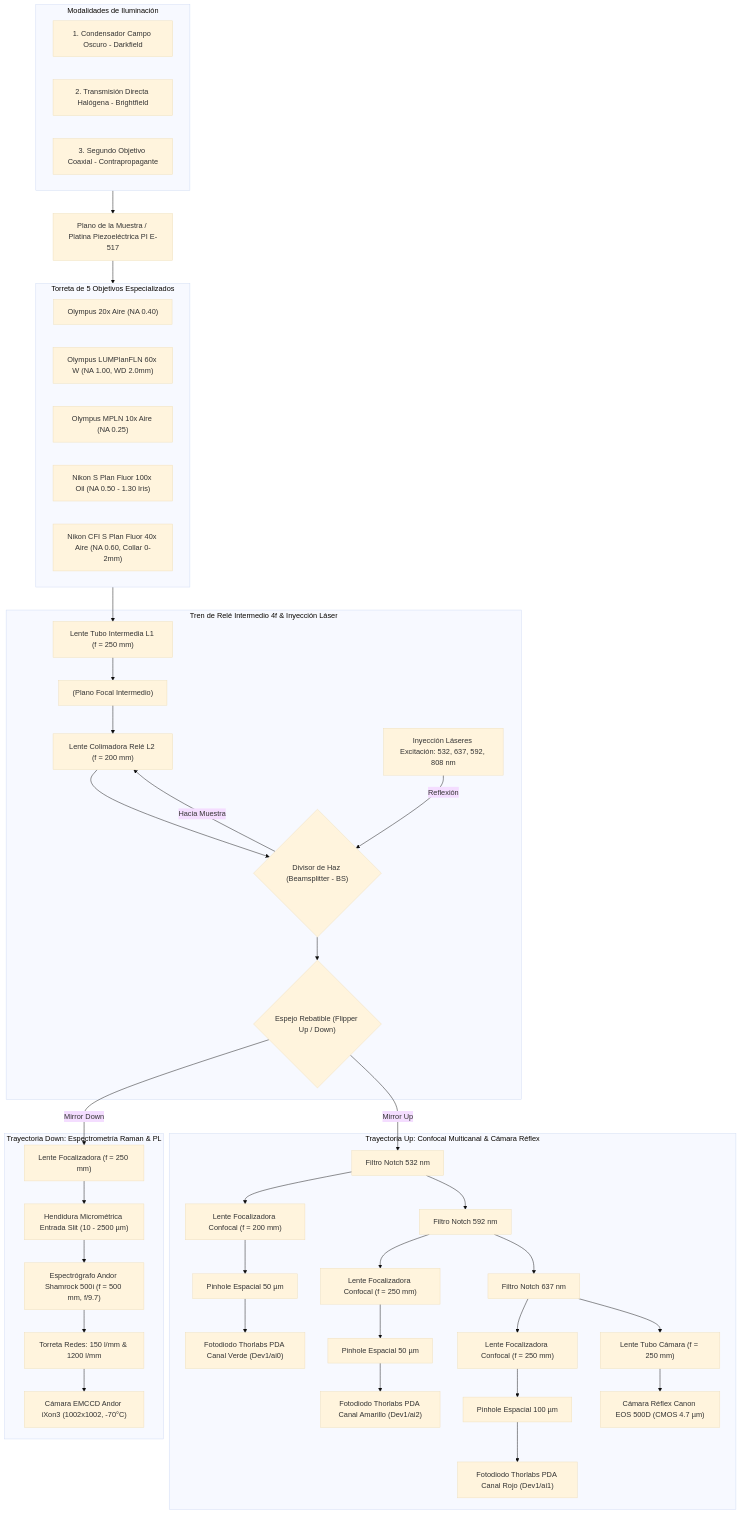
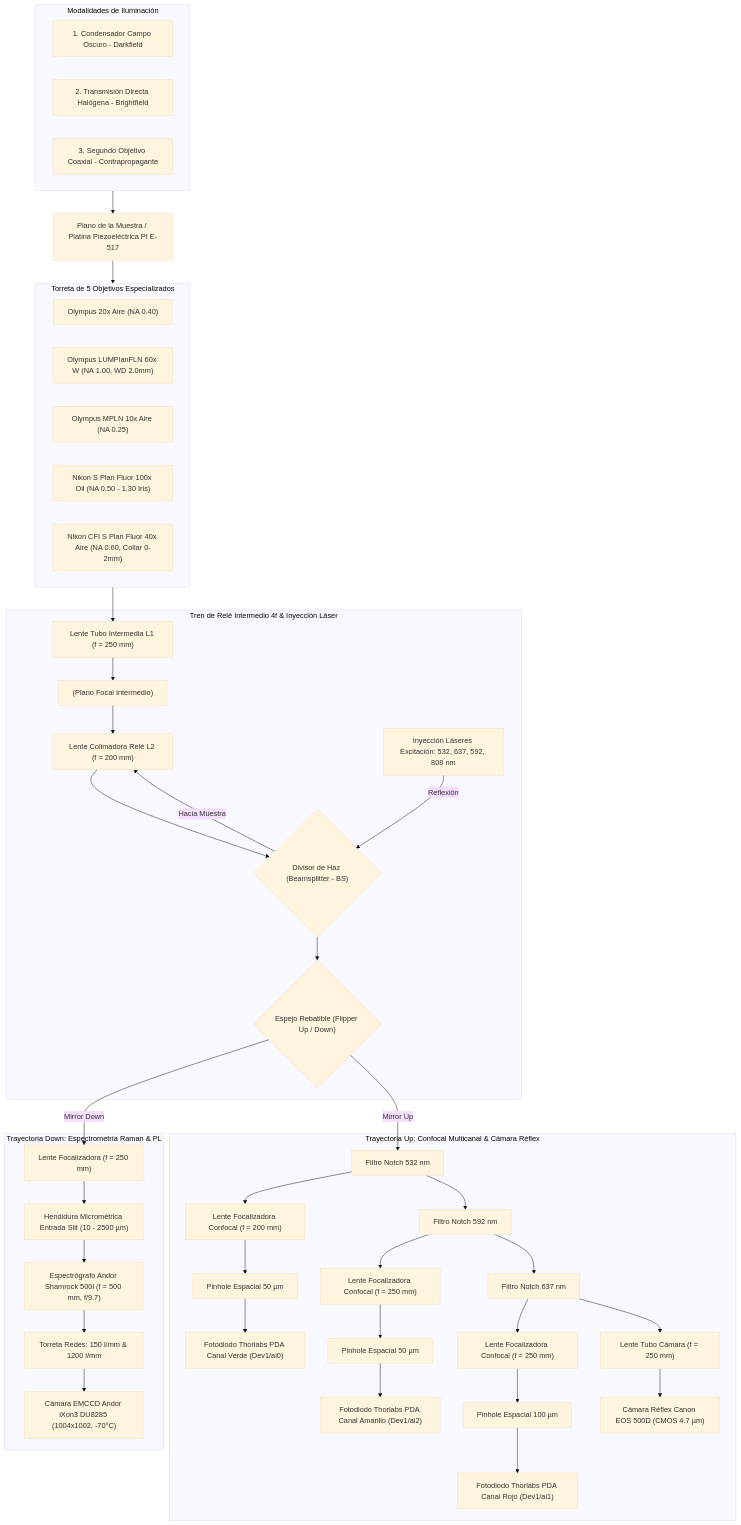
Before and after one commit to joselitog1999/pyprinting_3.0: the diagram in reportes/sistema/Reporte_Arquitectura_Optica_Microscopio_Derecho_y_Espectrometria.md, drawn with Mermaid (base theme). The commit also changed other lines of this file and 20 other files, not shown here.

````diff
--- a/reportes/sistema/Reporte_Arquitectura_Optica_Microscopio_Derecho_y_Espectrometria.md
+++ b/reportes/sistema/Reporte_Arquitectura_Optica_Microscopio_Derecho_y_Espectrometria.md
@@ -25,68 +25,68 @@
 ```mermaid
 flowchart TD
     subgraph ILUMINACION["Modalidades de Iluminación"]
         IL1[1. Condensador Campo Oscuro - Darkfield]
         IL2[2. Transmisión Directa Halógena - Brightfield]
         IL3[3. Segundo Objetivo Coaxial - Contrapropagante]
     end
 
     ILUMINACION --> MUESTRA[Plano de la Muestra / Platina Piezoeléctrica PI E-517]
 
     subgraph OBJETIVOS["Torreta de 5 Objetivos Especializados"]
         OBJ1["Olympus 20x Aire (NA 0.40)"]
         OBJ2["Olympus LUMPlanFLN 60x W (NA 1.00, WD 2.0mm)"]
         OBJ3["Olympus MPLN 10x Aire (NA 0.25)"]
         OBJ4["Nikon S Plan Fluor 100x Oil (NA 0.50 - 1.30 Iris)"]
         OBJ5["Nikon CFI S Plan Fluor 40x Aire (NA 0.60, Collar 0-2mm)"]
     end
 
     MUESTRA --> OBJETIVOS
 
     subgraph RELE["Tren de Relé Intermedio 4f & Inyección Láser"]
         L1["Lente Tubo Intermedia L1 (f = 250 mm)"]
         FP1["(Plano Focal Intermedio)"]
         L2["Lente Colimadora Relé L2 (f = 200 mm)"]
         BS{"Divisor de Haz (Beamsplitter - BS)"}
         LASERS["Inyección Láseres Excitación: 532, 637, 592, 808 nm"]
         FLIP{"Espejo Rebatible (Flipper Up / Down)"}
     end
 
     OBJETIVOS --> L1 --> FP1 --> L2 --> BS
     LASERS -->|Reflexión| BS -->|Hacia Muestra| L2
     BS --> FLIP
 
     subgraph CAMINO_DOWN["Trayectoria Down: Espectrometría Raman & PL"]
         LSPEC["Lente Focalizadora (f = 250 mm)"]
         SLIT["Hendidura Micrométrica Entrada Slit (10 - 2500 µm)"]
         SHAMROCK["Espectrógrafo Andor Shamrock 500i (f = 500 mm, f/9.7)"]
         GRATINGS["Torreta Redes: 150 l/mm & 1200 l/mm"]
-        IXON["Cámara EMCCD Andor iXon3 (1002x1002, -70°C)"]
+        IXON["Cámara EMCCD Andor iXon3 DU8285 (1004x1002, -70°C)"]
     end
 
     FLIP -- "Mirror Down" --> LSPEC --> SLIT --> SHAMROCK --> GRATINGS --> IXON
 
     subgraph CAMINO_UP["Trayectoria Up: Confocal Multicanal & Cámara Réflex"]
         N532["Filtro Notch 532 nm"]
         LCONF1["Lente Focalizadora Confocal (f = 200 mm)"]
         PIN50_1["Pinhole Espacial 50 µm"]
         DET_PDA1["Fotodiodo Thorlabs PDA Canal Verde (Dev1/ai0)"]
 
         N592["Filtro Notch 592 nm"]
         LCONF2["Lente Focalizadora Confocal (f = 250 mm)"]
         PIN50_2["Pinhole Espacial 50 µm"]
         DET_PDA2["Fotodiodo Thorlabs PDA Canal Amarillo (Dev1/ai2)"]
 
         N637["Filtro Notch 637 nm"]
         LCONF3["Lente Focalizadora Confocal (f = 250 mm)"]
         PIN100["Pinhole Espacial 100 µm"]
         DET_PDA3["Fotodiodo Thorlabs PDA Canal Rojo (Dev1/ai1)"]
 
         LCAM["Lente Tubo Cámara (f = 250 mm)"]
         CANON["Cámara Réflex Canon EOS 500D (CMOS 4.7 µm)"]
     end
 
     FLIP -- "Mirror Up" --> N532 --> LCONF1 --> PIN50_1 --> DET_PDA1
     N532 --> N592 --> LCONF2 --> PIN50_2 --> DET_PDA2
     N592 --> N637 --> LCONF3 --> PIN100 --> DET_PDA3
     N637 --> LCAM --> CANON
 ```
````
